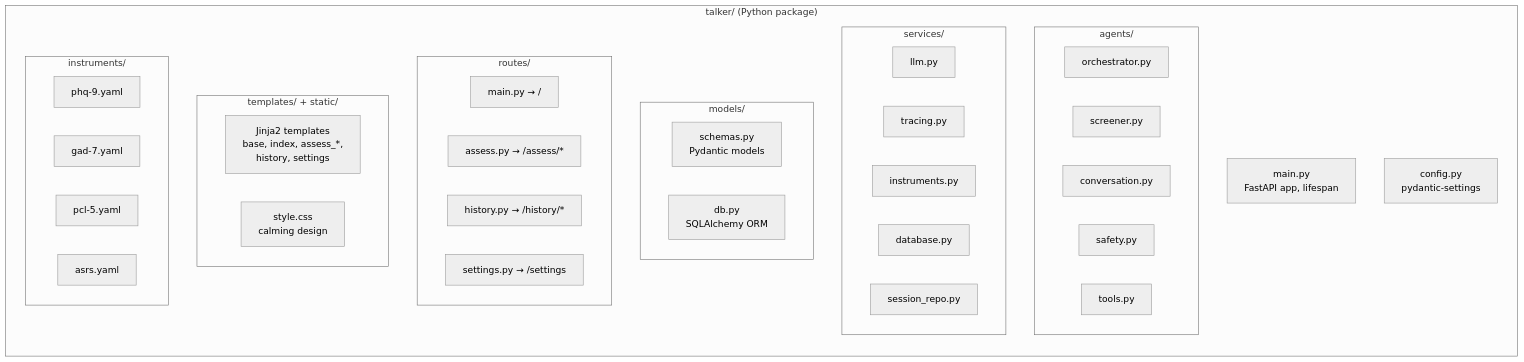
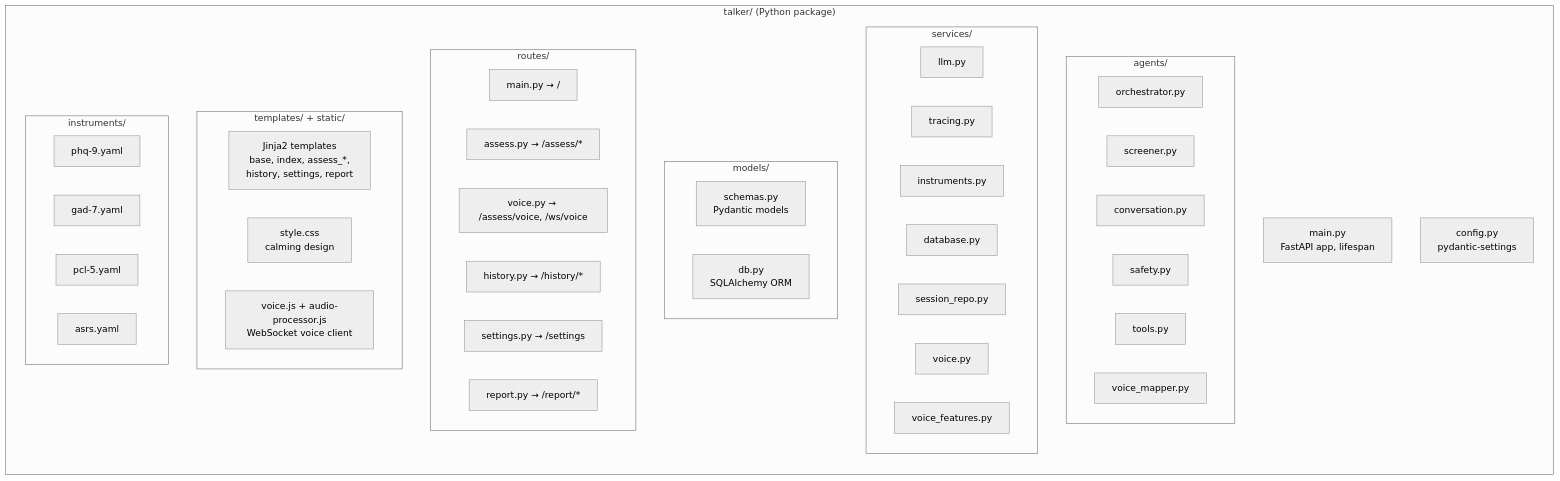
Before and after one commit to bodharma/talker: the fifth of 11 diagrams in docs/architecture.md, drawn with Mermaid (neutral theme). The commit also changed other lines of this file, not shown here.

First line of the commit message:
docs: update architecture.md for completed voice I/O implementation

````diff
--- a/docs/architecture.md
+++ b/docs/architecture.md
@@ -161,48 +166,54 @@
 ```mermaid
 graph LR
     subgraph "talker/ (Python package)"
         direction TB
         MAIN["main.py<br/>FastAPI app, lifespan"]
         CONFIG["config.py<br/>pydantic-settings"]
 
         subgraph agents/
             ORCH_F["orchestrator.py"]
             SCREEN_F["screener.py"]
             CONV_F["conversation.py"]
             SAFETY_F["safety.py"]
             TOOLS_F["tools.py"]
+            VMAP_F["voice_mapper.py"]
         end
 
         subgraph services/
             LLM_F["llm.py"]
             TRACE_F["tracing.py"]
             INSTR_F["instruments.py"]
             DB_F["database.py"]
             REPO_F["session_repo.py"]
+            VOICE_F["voice.py"]
+            VFEAT_F["voice_features.py"]
         end
 
         subgraph models/
             SCHEMA_F["schemas.py<br/>Pydantic models"]
             ORM_F["db.py<br/>SQLAlchemy ORM"]
         end
 
         subgraph routes/
             MAIN_R["main.py → /"]
             ASSESS_R["assess.py → /assess/*"]
+            VOICE_R["voice.py → /assess/voice, /ws/voice"]
             HIST_R["history.py → /history/*"]
             SET_R["settings.py → /settings"]
+            REPORT_R["report.py → /report/*"]
         end
 
         subgraph "templates/ + static/"
-            TPL["Jinja2 templates<br/>base, index, assess_*,<br/>history, settings"]
+            TPL["Jinja2 templates<br/>base, index, assess_*,<br/>history, settings, report"]
             CSS["style.css<br/>calming design"]
+            JS["voice.js + audio-processor.js<br/>WebSocket voice client"]
         end
 
         subgraph instruments/
             PHQ["phq-9.yaml"]
             GAD["gad-7.yaml"]
             PCL["pcl-5.yaml"]
             ASRS["asrs.yaml"]
         end
     end
 ```
````
